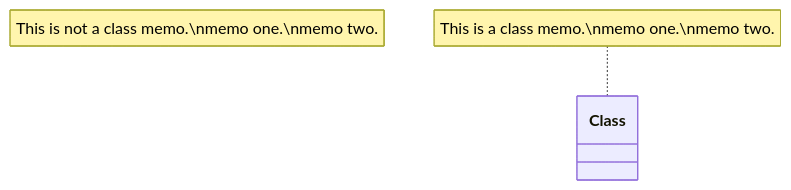
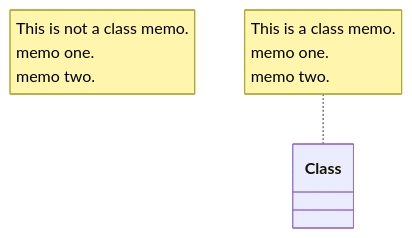
One commit to choesimin/choesimin.github.io changed the fourth of 15 diagrams in collections/_skills/markdown/mermaid/class-diagram.md. Above: the diagram before and after it, drawn with Mermaid. The commit also changed other lines of this file and 1 other file, not shown here.

````diff
--- a/collections/_skills/markdown/mermaid/class-diagram.md
+++ b/collections/_skills/markdown/mermaid/class-diagram.md
@@ -128,8 +128,8 @@
 ```mermaid
 classDiagram
 
 class Class
 
-note "This is not a class memo.\nmemo one.\nmemo two."
-note for Class "This is a class memo.\nmemo one.\nmemo two."
+note "This is not a class memo.<br>memo one.<br>memo two."
+note for Class "This is a class memo.<br>memo one.<br>memo two."
 ```
````
